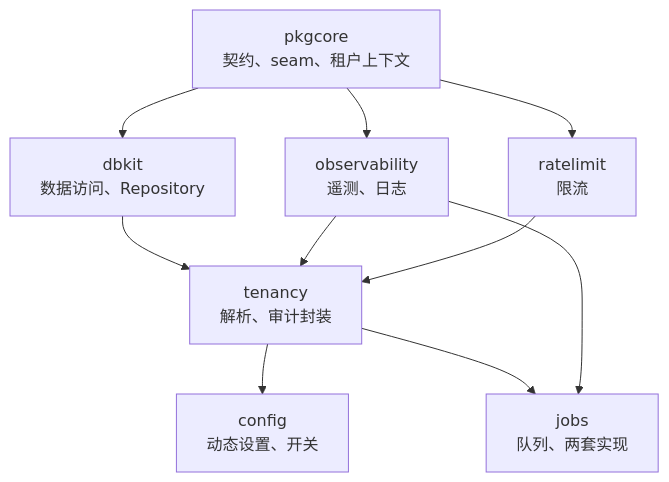
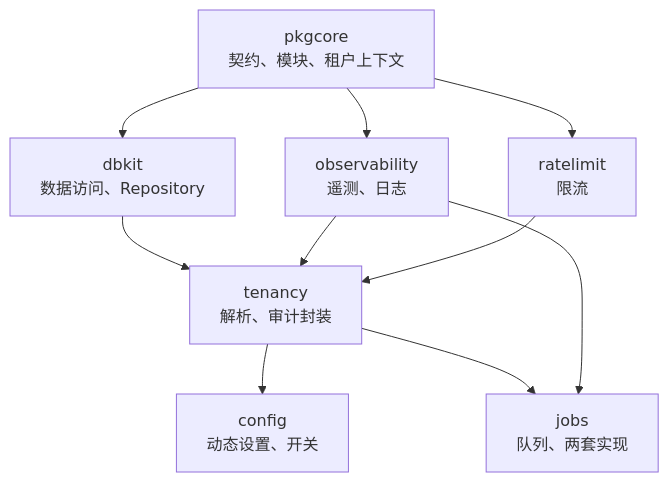
Before and after one commit to vislake/speed: the diagram in docs/site/content.zh-cn/docs/developer-docs/modules/core/_index.md, drawn with Mermaid. The commit also changed other lines of this file and 71 other files, not shown here.

````diff
--- a/docs/site/content.zh-cn/docs/developer-docs/modules/core/_index.md
+++ b/docs/site/content.zh-cn/docs/developer-docs/modules/core/_index.md
@@ -20,12 +20,12 @@
 ```mermaid
 flowchart TB
-    PK["pkgcore<br/>契约、seam、租户上下文"] --> DB["dbkit<br/>数据访问、Repository"]
+    PK["pkgcore<br/>契约、模块、租户上下文"] --> DB["dbkit<br/>数据访问、Repository"]
     PK --> OB["observability<br/>遥测、日志"]
     PK --> RL["ratelimit<br/>限流"]
     DB --> TN["tenancy<br/>解析、审计封装"]
     OB --> TN
     RL --> TN
     TN --> CF["config<br/>动态设置、开关"]
     TN --> JB["jobs<br/>队列、两套实现"]
     OB --> JB
 ```
````
